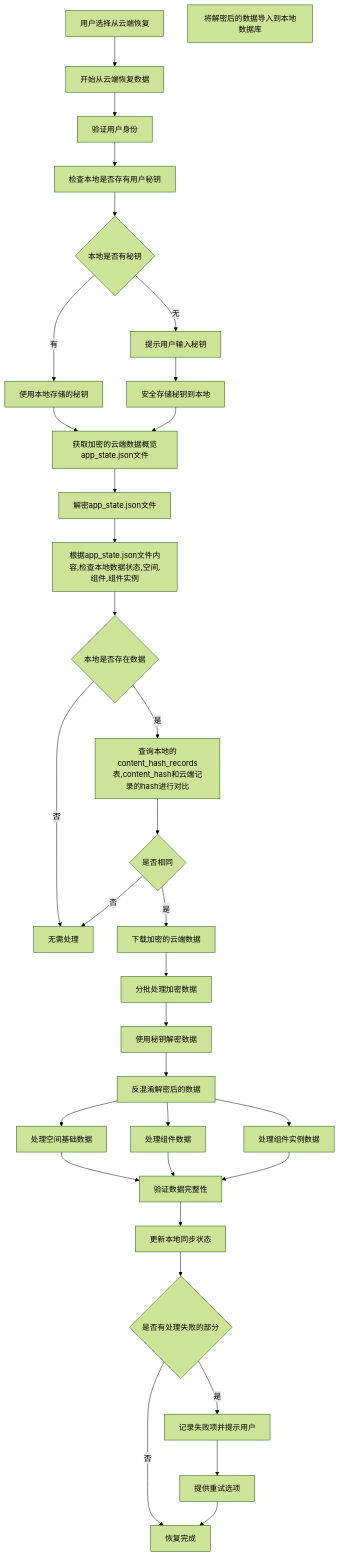
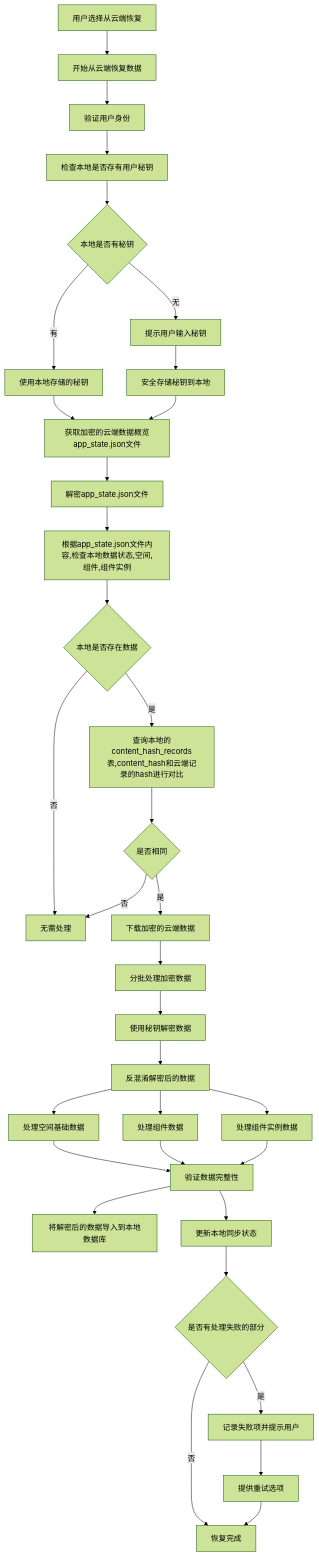
Before and after one commit to yingjianzh/iodraw-files: the diagram in all/未命名-44.md, drawn with Mermaid (forest theme).

Commit message:
2025-04-27 14:40:31 update

````diff
--- a/all/未命名-44.md
+++ b/all/未命名-44.md
@@ -1,49 +1,49 @@
 ```mermaid
 flowchart TD
     A[用户选择从云端恢复] --> B[开始从云端恢复数据]
     B --> C[验证用户身份]
     
     C --> D[检查本地是否存有用户秘钥]
     D --> E{本地是否有秘钥}
     
     E -->|有| F1[使用本地存储的秘钥]
     E -->|无| F2[提示用户输入秘钥]
     F2 --> F7[安全存储秘钥到本地]
     
     F1 --> G[获取加密的云端数据概览app_state.json文件]
     F7 --> G
     
     G --> H[解密app_state.json文件]
     H --> J[根据app_state.json文件内容,检查本地数据状态,空间,组件,组件实例]
     J --> K{本地是否存在数据}
     
     K -->|否| L1[无需处理]
     K -->|是| L2[查询本地的content_hash_records表,content_hash和云端记录的hash进行对比]
     L2 -->  M{是否相同}
 
     M -->|否| L1
     M -->|是| N[下载加密的云端数据]
     
     N --> S[分批处理加密数据]
     S --> T[使用秘钥解密数据]
     T --> U[反混淆解密后的数据]
     
     U --> V1[处理空间基础数据]
     U --> V2[处理组件数据]
     U --> V3[处理组件实例数据]
 
     V1 --> X[验证数据完整性]
     V2 --> X
     V3 --> X
     
-    W[将解密后的数据导入到本地数据库]
+    X --> W[将解密后的数据导入到本地数据库]
     
     X --> Y[更新本地同步状态]
     
     Y --> Z{是否有处理失败的部分}
     Z -->|是| AA[记录失败项并提示用户]
     Z -->|否| AB[恢复完成]
     
     AA --> AC[提供重试选项]
     AC --> AB
 ```
````
